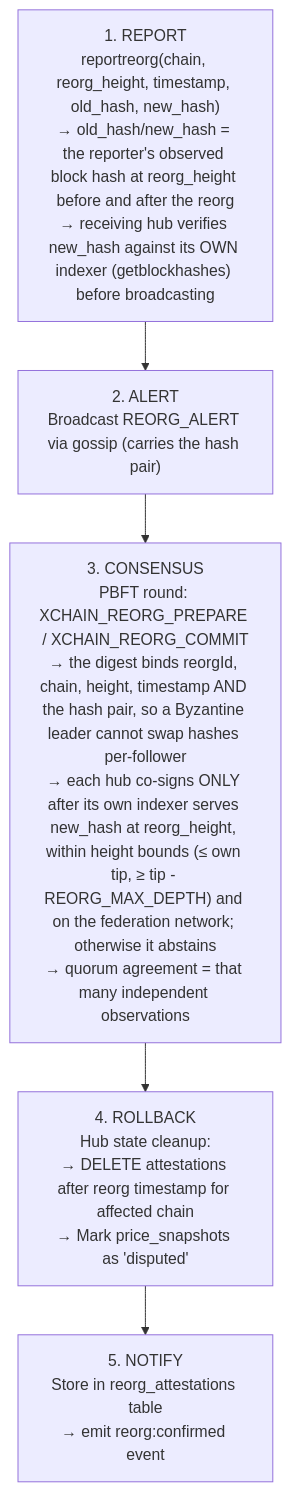
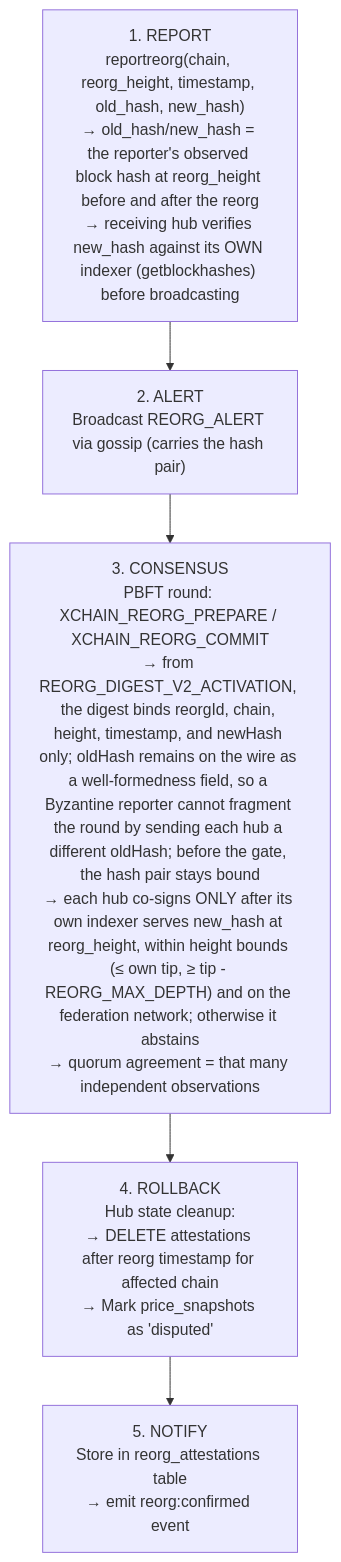
One commit to XChain-Platform/xchain-documentation changed the tenth of 11 diagrams in components/hub/architecture.md. Above: the diagram before and after it, drawn with Mermaid.

Commit message:
Document versioned reorg digest binding
Describe the activation-gated digest fields and retain the legacy hash-pair behavior.

````diff
--- a/components/hub/architecture.md
+++ b/components/hub/architecture.md
@@ -459,10 +459,10 @@
 ```mermaid
 flowchart TD
     S1["1. REPORT<br>reportreorg(chain, reorg_height, timestamp, old_hash, new_hash)<br>→ old_hash/new_hash = the reporter's observed block hash at reorg_height before and after the reorg<br>→ receiving hub verifies new_hash against its OWN indexer (getblockhashes) before broadcasting"]
     S2["2. ALERT<br>Broadcast REORG_ALERT via gossip (carries the hash pair)"]
-    S3["3. CONSENSUS<br>PBFT round: XCHAIN_REORG_PREPARE / XCHAIN_REORG_COMMIT<br>→ the digest binds reorgId, chain, height, timestamp AND the hash pair, so a Byzantine leader cannot swap hashes per-follower<br>→ each hub co-signs ONLY after its own indexer serves new_hash at reorg_height, within height bounds (&le; own tip, &ge; tip - REORG_MAX_DEPTH) and on the federation network; otherwise it abstains<br>→ quorum agreement = that many independent observations"]
+    S3["3. CONSENSUS<br>PBFT round: XCHAIN_REORG_PREPARE / XCHAIN_REORG_COMMIT<br>→ from REORG_DIGEST_V2_ACTIVATION, the digest binds reorgId, chain, height, timestamp, and newHash only; oldHash remains on the wire as a well-formedness field, so a Byzantine reporter cannot fragment the round by sending each hub a different oldHash; before the gate, the hash pair stays bound<br>→ each hub co-signs ONLY after its own indexer serves new_hash at reorg_height, within height bounds (&le; own tip, &ge; tip - REORG_MAX_DEPTH) and on the federation network; otherwise it abstains<br>→ quorum agreement = that many independent observations"]
     S4["4. ROLLBACK<br>Hub state cleanup:<br>→ DELETE attestations after reorg timestamp for affected chain<br>→ Mark price_snapshots as 'disputed'"]
     S5["5. NOTIFY<br>Store in reorg_attestations table<br>→ emit reorg:confirmed event"]
 
     S1 --> S2 --> S3 --> S4 --> S5
 ```
````
